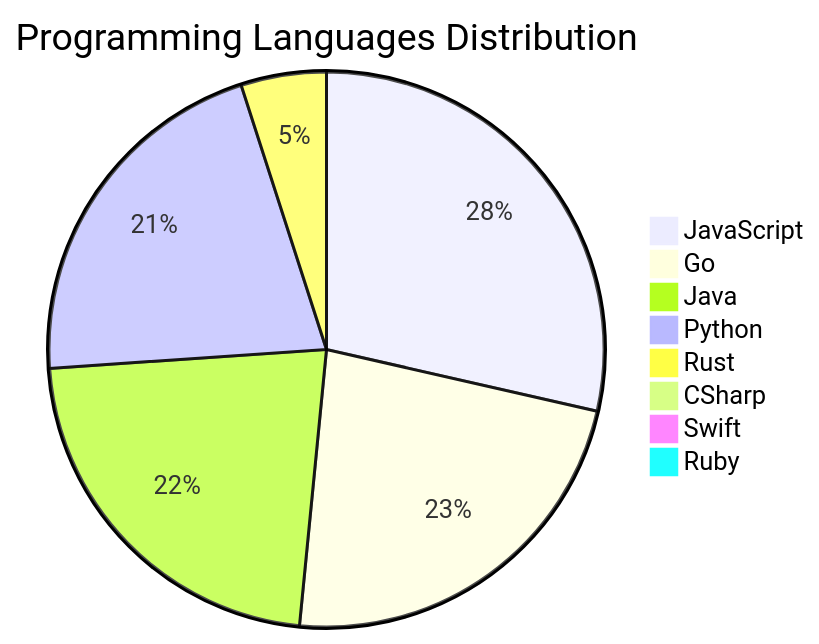
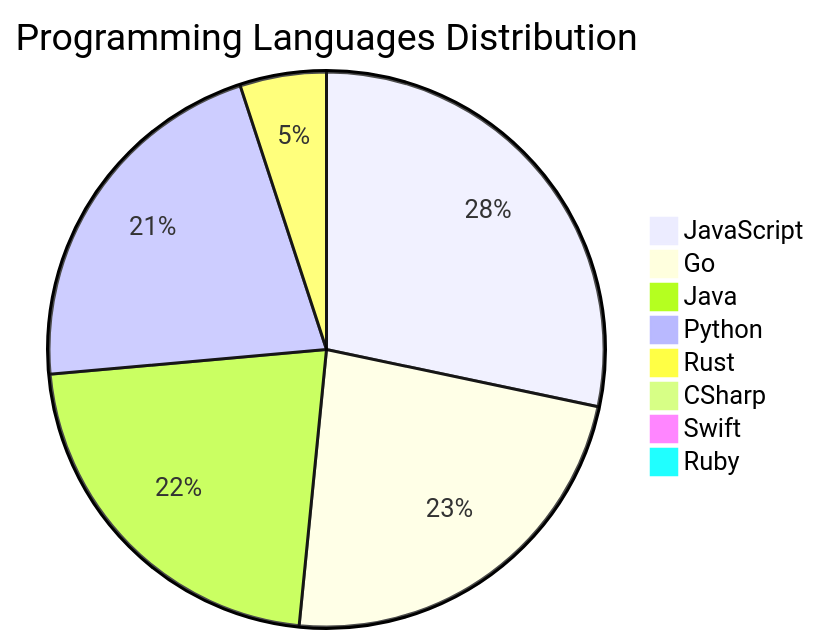
Before and after one commit to Derrick-MUGISHA/github-activity-bot: the diagram in README.md, drawn with Mermaid. The commit also changed other lines of this file and 4 other files, not shown here.

````diff
--- a/README.md
+++ b/README.md
@@ -209,11 +209,11 @@
 ```mermaid
 pie title Programming Languages Distribution
-    "JavaScript" : 46
+    "JavaScript" : 45
     "Go" : 37
-    "Java" : 36
+    "Java" : 35
     "Python" : 34
     "Rust" : 8
     "CSharp" : 1
     "Swift" : 1
     "Ruby" : 1
 ```
````
